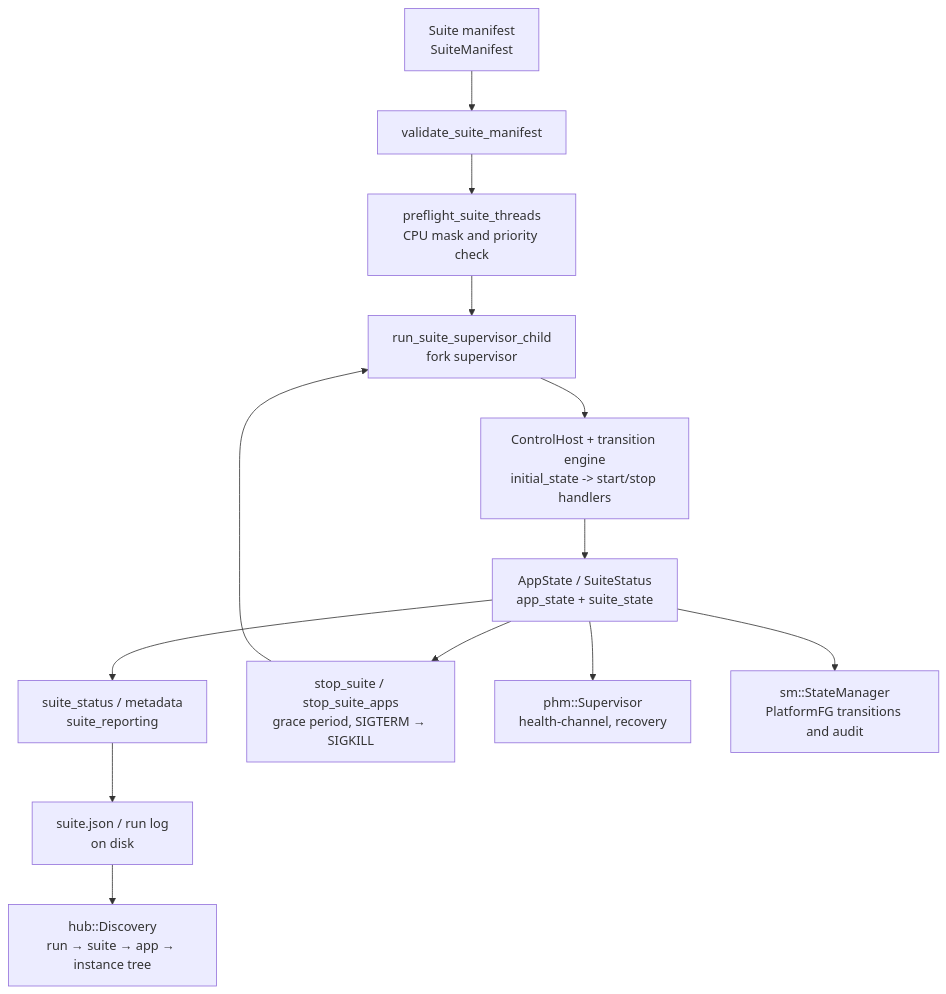
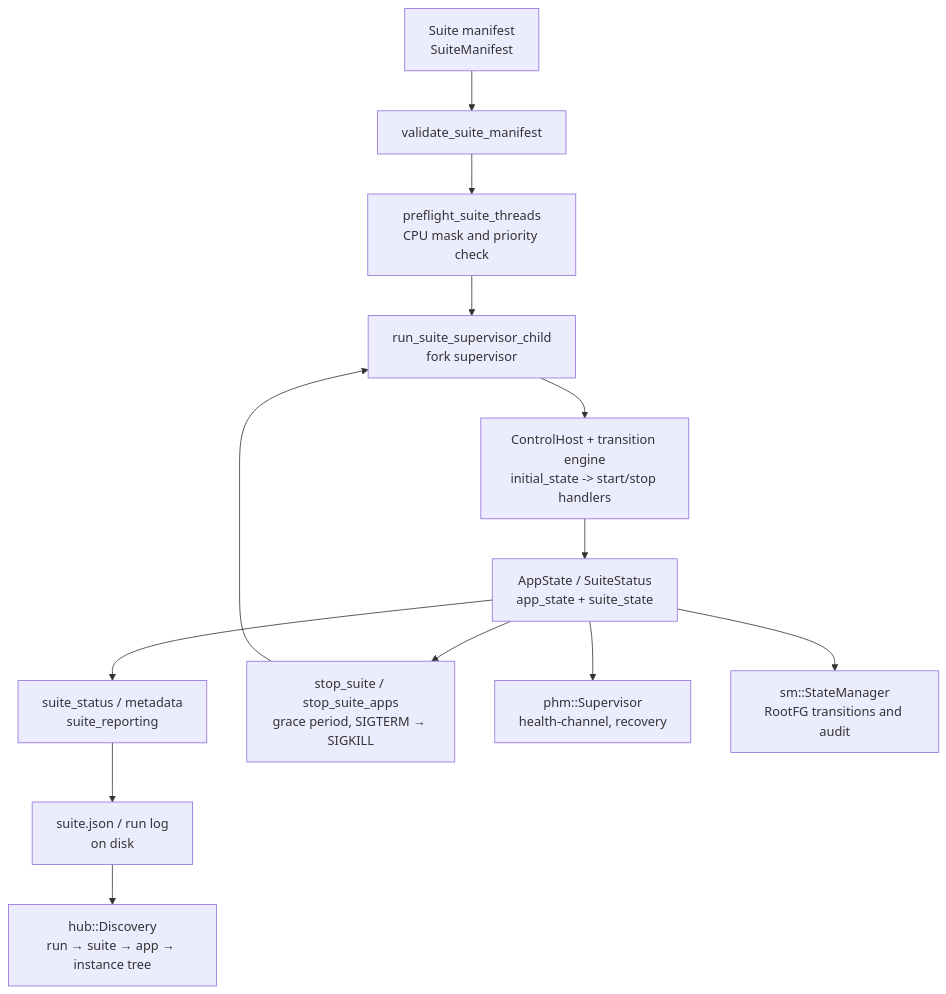
The third of 6 diagrams in docs/architecture.md (nexigen-tech/nexigen-cpp), drawn with Mermaid before and after one commit. The commit also changed other lines of this file and 35 other files, not shown here.

````diff
--- a/docs/architecture.md
+++ b/docs/architecture.md
@@ -226,15 +226,15 @@
 ```mermaid
 flowchart TD
     MAN["Suite manifest<br/>SuiteManifest"] --> VAL["validate_suite_manifest"]
     VAL --> PRE["preflight_suite_threads<br/>CPU mask and priority check"]
     PRE --> SUP["run_suite_supervisor_child<br/>fork supervisor"]
     SUP --> APPS["ControlHost + transition engine<br/>initial_state -> start/stop handlers"]
     APPS --> STATE["AppState / SuiteStatus<br/>app_state + suite_state"]
     STATE --> REPORT["suite_status / metadata<br/>suite_reporting"]
     REPORT --> META["suite.json / run log<br/>on disk"]
     META --> HUB2["hub::Discovery<br/>run → suite → app → instance tree"]
     STATE --> STOP["stop_suite / stop_suite_apps<br/>grace period, SIGTERM → SIGKILL"]
     STOP --> SUP
     STATE --> PHM2["phm::Supervisor<br/>health-channel, recovery"]
-    STATE --> SM2["sm::StateManager<br/>PlatformFG transitions and audit"]
+    STATE --> SM2["sm::StateManager<br/>RootFG transitions and audit"]
 ```
````
